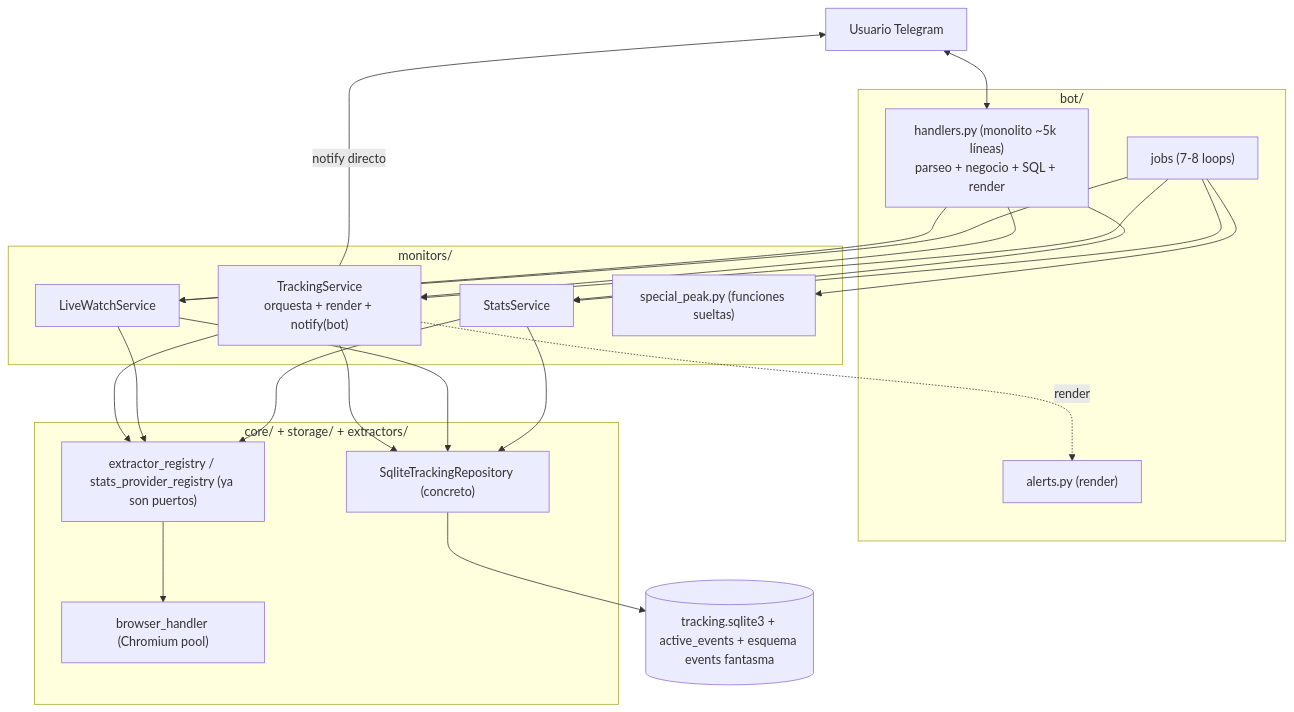
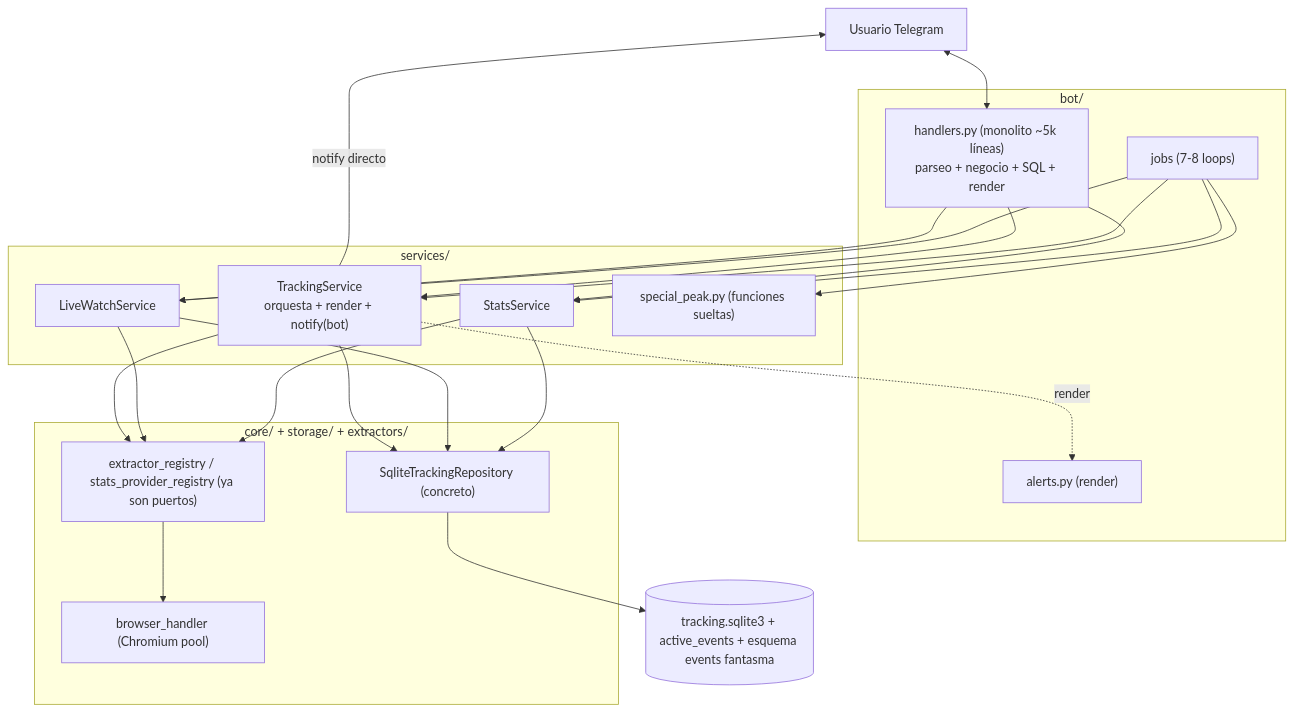
The first of 2 diagrams in PLAN_MIGRACION_BetBot.md (maximilianogatto/betbot), drawn with Mermaid before and after one commit. The commit also changed other lines of this file and 49 other files, not shown here.

````diff
--- a/PLAN_MIGRACION_BetBot.md
+++ b/PLAN_MIGRACION_BetBot.md
@@ -46,30 +46,30 @@
 ```mermaid
 graph TD
     User[Usuario Telegram]
     subgraph BotLayer [bot/]
         H["handlers.py (monolito ~5k líneas)<br/>parseo + negocio + SQL + render"]
         J["jobs (7-8 loops)"]
         A["alerts.py (render)"]
     end
-    subgraph Services [monitors/]
+    subgraph Services [services/]
         TS["TrackingService<br/>orquesta + render + notify(bot)"]
         LWS["LiveWatchService"]
         SS["StatsService"]
         PK["special_peak.py (funciones sueltas)"]
     end
     subgraph Infra [core/ + storage/ + extractors/]
         REG["extractor_registry / stats_provider_registry (ya son puertos)"]
         BR["browser_handler (Chromium pool)"]
         REPO["SqliteTrackingRepository (concreto)"]
     end
     DB[("tracking.sqlite3 + active_events + esquema events fantasma")]
 
     User <--> H
     H --> TS & LWS & SS
     J --> TS & LWS & SS & PK
     TS -->|notify directo| User
     TS & LWS & SS --> REG & REPO
     REG --> BR
     REPO --> DB
     TS -.render.-> A
 ```
````
